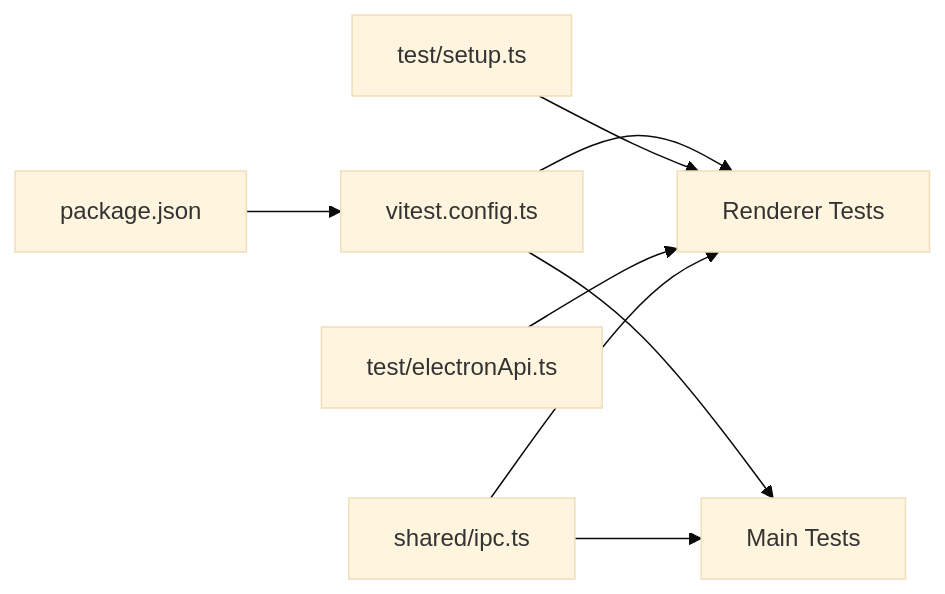
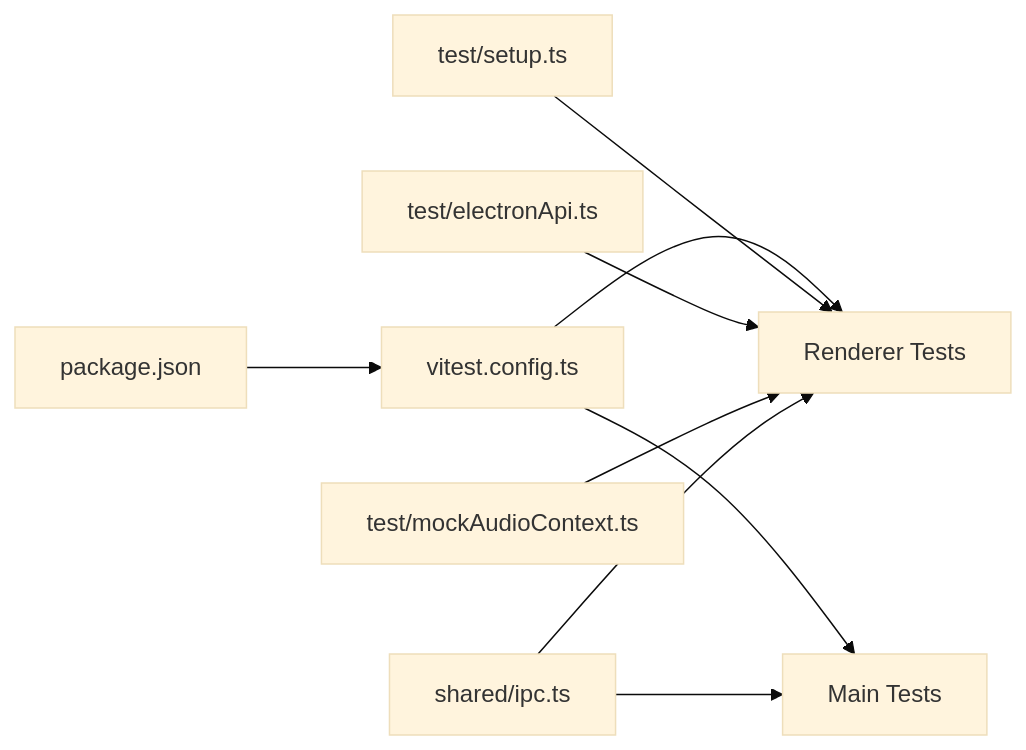
The tenth of 10 diagrams in .qoder/repowiki/en/content/Testing Strategy.md (satyrlord/mixjam-electron), drawn with Mermaid (base theme) before and after one commit. The commit also changed other lines of this file and 14 other files, not shown here.

````diff
--- a/.qoder/repowiki/en/content/Testing Strategy.md
+++ b/.qoder/repowiki/en/content/Testing Strategy.md
@@ -408,10 +616,11 @@
 ```mermaid
 graph LR
 V["vitest.config.ts"] --> RTests["Renderer Tests"]
 V --> MTests["Main Tests"]
 Setup["test/setup.ts"] --> RTests
 Mock["test/electronApi.ts"] --> RTests
+AudioMock["test/mockAudioContext.ts"] --> RTests
 IPC["shared/ipc.ts"] --> RTests
 IPC --> MTests
 Pkg["package.json"] --> V
 ```
````
